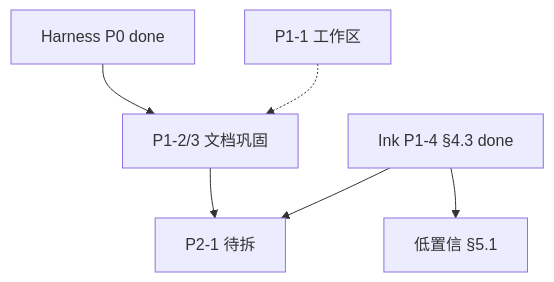
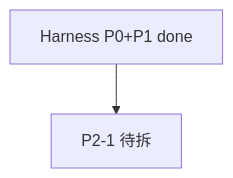
Before and after one commit to Cyning12/ai-ink-brain-api-python: the second of 2 diagrams in docs/tasks/RECENT_TASK_SCHEDULE.md, drawn with Mermaid. The commit also changed other lines of this file and 1 other file, not shown here.

First line of the commit message:
docs(tasks): 排期同步 Harness P1-1 done（Projects pointer 收口）

````diff
--- a/docs/tasks/RECENT_TASK_SCHEDULE.md
+++ b/docs/tasks/RECENT_TASK_SCHEDULE.md
@@ -176,8 +172,4 @@
 ```mermaid
 flowchart TD
-  HAR[Harness P0 done] --> P1DOC[P1-2/3 文档巩固]
-  P1DOC --> P21[P2-1 待拆]
-  P1FE[Ink P1-4 §4.3 done] --> LC[低置信 §5.1]
-  P1FE --> P21
-  P11WS[P1-1 工作区] -.-> P1DOC
+  HAR[Harness P0+P1 done] --> P21[P2-1 待拆]
 ```
````
